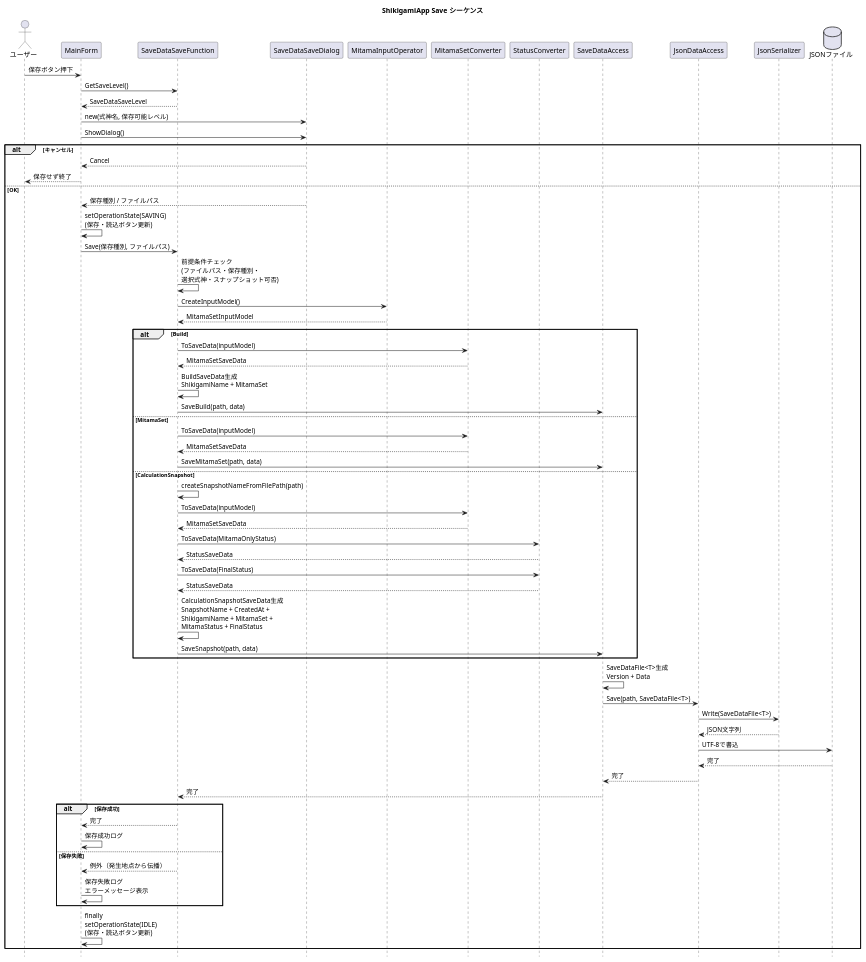
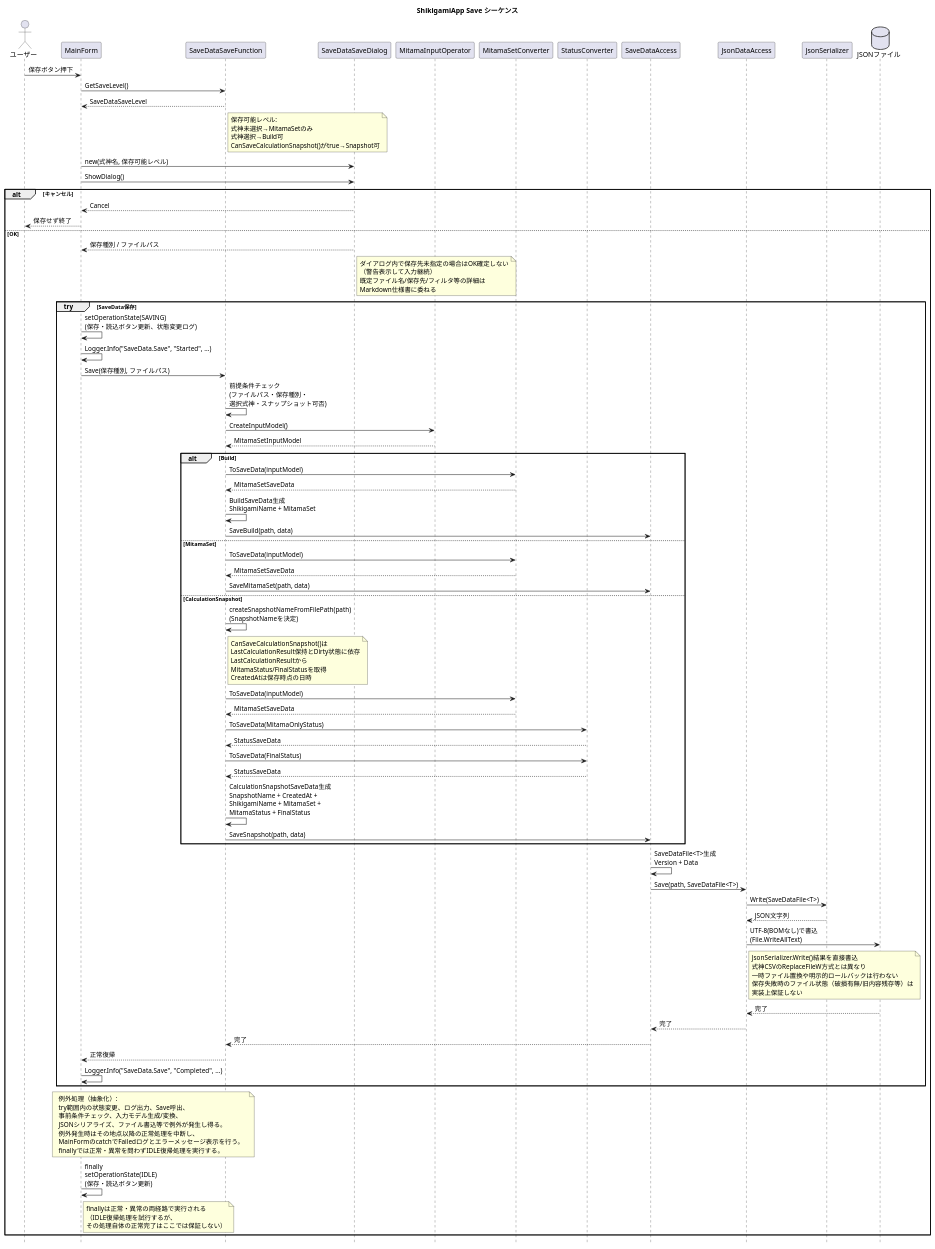
Before and after one commit to Staraptor0398/ShikigamiStatusCalculator: the diagram in Document/ShikigamiApp/Diagram/SaveData/save_sequence.wsd, drawn with PlantUML. The commit also changed 1 other file, not shown here.

Commit message:
Update SaveData save sequence diagram to reflect current implementation

```diff
--- a/Document/ShikigamiApp/Diagram/SaveData/save_sequence.wsd
+++ b/Document/ShikigamiApp/Diagram/SaveData/save_sequence.wsd
@@ -1,94 +1,136 @@
 @startuml
 title ShikigamiApp Save シーケンス
 
 hide footbox
 
 actor "ユーザー" as User
 
 participant "MainForm" as MainForm
 participant "SaveDataSaveFunction" as SaveDataSaveFunction
 participant "SaveDataSaveDialog" as SaveDialog
 
 participant "MitamaInputOperator" as InputOperator
 participant "MitamaSetConverter" as MitamaSetConverter
 participant "StatusConverter" as StatusConverter
 
 participant "SaveDataAccess" as SaveDataAccess
 participant "JsonDataAccess" as JsonDataAccess
 participant "JsonSerializer" as JsonSerializer
 
 database "JSONファイル" as JsonFile
 
 User -> MainForm : 保存ボタン押下
 
 MainForm -> SaveDataSaveFunction : GetSaveLevel()
 SaveDataSaveFunction --> MainForm : SaveDataSaveLevel
+note right of SaveDataSaveFunction
+  保存可能レベル:
+  式神未選択→MitamaSetのみ
+  式神選択→Build可
+  CanSaveCalculationSnapshot()がtrue→Snapshot可
+end note
+
 MainForm -> SaveDialog : new(式神名, 保存可能レベル)
 MainForm -> SaveDialog : ShowDialog()
 
 alt キャンセル
    SaveDialog --> MainForm : Cancel
    MainForm --> User : 保存せず終了
 else OK
    SaveDialog --> MainForm : 保存種別 / ファイルパス
-   MainForm -> MainForm : setOperationState(SAVING)\n(保存・読込ボタン更新)
+   note right of SaveDialog
+     ダイアログ内で保存先未指定の場合はOK確定しない
+     （警告表示して入力継続）
+     既定ファイル名/保存先/フィルタ等の詳細は
+     Markdown仕様書に委ねる
+   end note
 
-   MainForm -> SaveDataSaveFunction : Save(保存種別, ファイルパス)
+   group try [SaveData保存]
+      MainForm -> MainForm : setOperationState(SAVING)\n(保存・読込ボタン更新、状態変更ログ)
 
-   SaveDataSaveFunction -> SaveDataSaveFunction : 前提条件チェック\n(ファイルパス・保存種別・\n選択式神・スナップショット可否)
-   SaveDataSaveFunction -> InputOperator : CreateInputModel()
-   InputOperator --> SaveDataSaveFunction : MitamaSetInputModel
+      MainForm -> MainForm : Logger.Info("SaveData.Save", "Started", ...)
 
-   alt Build
-       SaveDataSaveFunction -> MitamaSetConverter : ToSaveData(inputModel)
-       MitamaSetConverter --> SaveDataSaveFunction : MitamaSetSaveData
+      MainForm -> SaveDataSaveFunction : Save(保存種別, ファイルパス)
 
-       SaveDataSaveFunction -> SaveDataSaveFunction : BuildSaveData生成\nShikigamiName + MitamaSet
-       SaveDataSaveFunction -> SaveDataAccess : SaveBuild(path, data)
+      SaveDataSaveFunction -> SaveDataSaveFunction : 前提条件チェック\n(ファイルパス・保存種別・\n選択式神・スナップショット可否)
+      SaveDataSaveFunction -> InputOperator : CreateInputModel()
+      InputOperator --> SaveDataSaveFunction : MitamaSetInputModel
 
-   else MitamaSet
-       SaveDataSaveFunction -> MitamaSetConverter : ToSaveData(inputModel)
-       MitamaSetConverter --> SaveDataSaveFunction : MitamaSetSaveData
+      alt Build
+          SaveDataSaveFunction -> MitamaSetConverter : ToSaveData(inputModel)
+          MitamaSetConverter --> SaveDataSaveFunction : MitamaSetSaveData
 
-       SaveDataSaveFunction -> SaveDataAccess : SaveMitamaSet(path, data)
+          SaveDataSaveFunction -> SaveDataSaveFunction : BuildSaveData生成\nShikigamiName + MitamaSet
+          SaveDataSaveFunction -> SaveDataAccess : SaveBuild(path, data)
 
-   else CalculationSnapshot
-       SaveDataSaveFunction -> SaveDataSaveFunction : createSnapshotNameFromFilePath(path)
+      else MitamaSet
+          SaveDataSaveFunction -> MitamaSetConverter : ToSaveData(inputModel)
+          MitamaSetConverter --> SaveDataSaveFunction : MitamaSetSaveData
 
-       SaveDataSaveFunction -> MitamaSetConverter : ToSaveData(inputModel)
-       MitamaSetConverter --> SaveDataSaveFunction : MitamaSetSaveData
+          SaveDataSaveFunction -> SaveDataAccess : SaveMitamaSet(path, data)
 
-       SaveDataSaveFunction -> StatusConverter : ToSaveData(MitamaOnlyStatus)
-       StatusConverter --> SaveDataSaveFunction : StatusSaveData
+      else CalculationSnapshot
+          SaveDataSaveFunction -> SaveDataSaveFunction : createSnapshotNameFromFilePath(path)\n(SnapshotNameを決定)
+          note right of SaveDataSaveFunction
+            CanSaveCalculationSnapshot()は
+            LastCalculationResult保持とDirty状態に依存
+            LastCalculationResultから
+            MitamaStatus/FinalStatusを取得
+            CreatedAtは保存時点の日時
+          end note
 
-       SaveDataSaveFunction -> StatusConverter : ToSaveData(FinalStatus)
-       StatusConverter --> SaveDataSaveFunction : StatusSaveData
+          SaveDataSaveFunction -> MitamaSetConverter : ToSaveData(inputModel)
+          MitamaSetConverter --> SaveDataSaveFunction : MitamaSetSaveData
 
-       SaveDataSaveFunction -> SaveDataSaveFunction : CalculationSnapshotSaveData生成\nSnapshotName + CreatedAt +\nShikigamiName + MitamaSet +\nMitamaStatus + FinalStatus
+          SaveDataSaveFunction -> StatusConverter : ToSaveData(MitamaOnlyStatus)
+          StatusConverter --> SaveDataSaveFunction : StatusSaveData
 
-       SaveDataSaveFunction -> SaveDataAccess : SaveSnapshot(path, data)
+          SaveDataSaveFunction -> StatusConverter : ToSaveData(FinalStatus)
+          StatusConverter --> SaveDataSaveFunction : StatusSaveData
+
+          SaveDataSaveFunction -> SaveDataSaveFunction : CalculationSnapshotSaveData生成\nSnapshotName + CreatedAt +\nShikigamiName + MitamaSet +\nMitamaStatus + FinalStatus
+
+          SaveDataSaveFunction -> SaveDataAccess : SaveSnapshot(path, data)
+      end
+
+      SaveDataAccess -> SaveDataAccess : SaveDataFile<T>生成\nVersion + Data
+      SaveDataAccess -> JsonDataAccess : Save(path, SaveDataFile<T>)
+
+      JsonDataAccess -> JsonSerializer : Write(SaveDataFile<T>)
+      JsonSerializer --> JsonDataAccess : JSON文字列
+
+      JsonDataAccess -> JsonFile : UTF-8(BOMなし)で書込\n(File.WriteAllText)
+      note right of JsonDataAccess
+        JsonSerializer.Write()結果を直接書込
+        式神CSVのReplaceFileW方式とは異なり
+        一時ファイル置換や明示的ロールバックは行わない
+        保存失敗時のファイル状態（破損有無/旧内容残存等）は
+        実装上保証しない
+      end note
+      JsonFile --> JsonDataAccess : 完了
+      JsonDataAccess --> SaveDataAccess : 完了
+      SaveDataAccess --> SaveDataSaveFunction : 完了
+      SaveDataSaveFunction --> MainForm : 正常復帰
+
+      MainForm -> MainForm : Logger.Info("SaveData.Save", "Completed", ...)
    end
 
-   SaveDataAccess -> SaveDataAccess : SaveDataFile<T>生成\nVersion + Data
-   SaveDataAccess -> JsonDataAccess : Save(path, SaveDataFile<T>)
-
-   JsonDataAccess -> JsonSerializer : Write(SaveDataFile<T>)
-   JsonSerializer --> JsonDataAccess : JSON文字列
-
-   JsonDataAccess -> JsonFile : UTF-8で書込
-   JsonFile --> JsonDataAccess : 完了
-   JsonDataAccess --> SaveDataAccess : 完了
-   SaveDataAccess --> SaveDataSaveFunction : 完了
-
-   alt 保存成功
-       SaveDataSaveFunction --> MainForm : 完了
-       MainForm -> MainForm : 保存成功ログ
-   else 保存失敗
-       SaveDataSaveFunction --> MainForm : 例外（発生地点から伝播）
-       MainForm -> MainForm : 保存失敗ログ\nエラーメッセージ表示
-   end
+   note over MainForm,SaveDataSaveFunction
+     例外処理（抽象化）:
+     try範囲内の状態変更、ログ出力、Save呼出、
+     事前条件チェック、入力モデル生成/変換、
+     JSONシリアライズ、ファイル書込等で例外が発生し得る。
+     例外発生時はその地点以降の正常処理を中断し、
+     MainFormのcatchでFailedログとエラーメッセージ表示を行う。
+     finallyでは正常・異常を問わずIDLE復帰処理を実行する。
+   end note
 
    MainForm -> MainForm : finally\nsetOperationState(IDLE)\n(保存・読込ボタン更新)
+   note right of MainForm
+     finallyは正常・異常の両経路で実行される
+     （IDLE復帰処理を試行するが、
+     その処理自体の正常完了はここでは保証しない）
+   end note
 end
 
 @enduml
```
